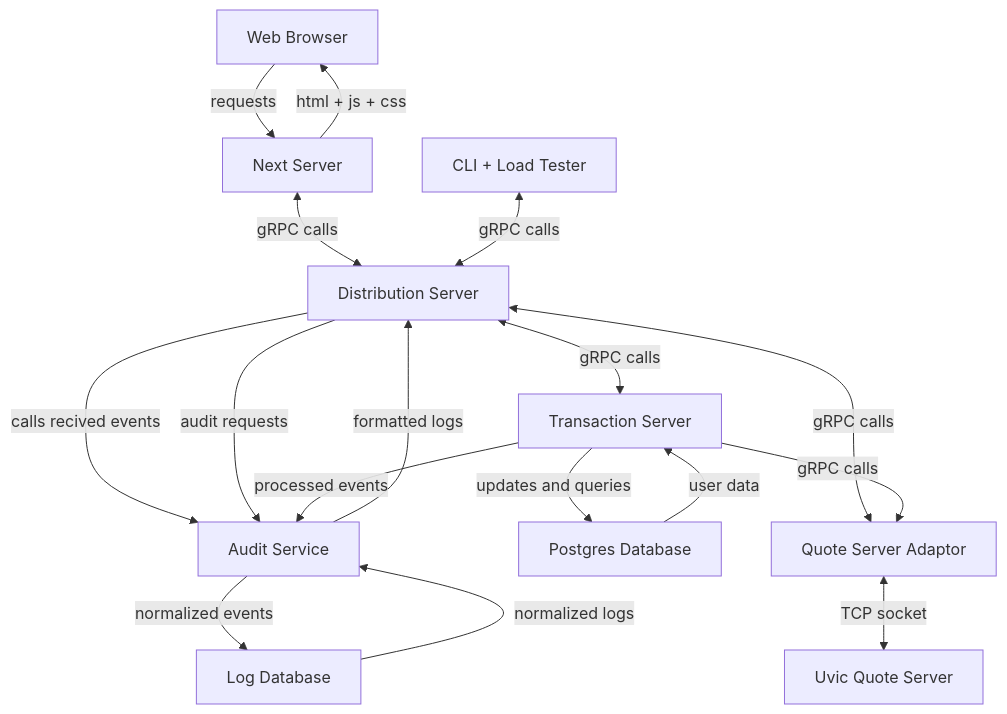
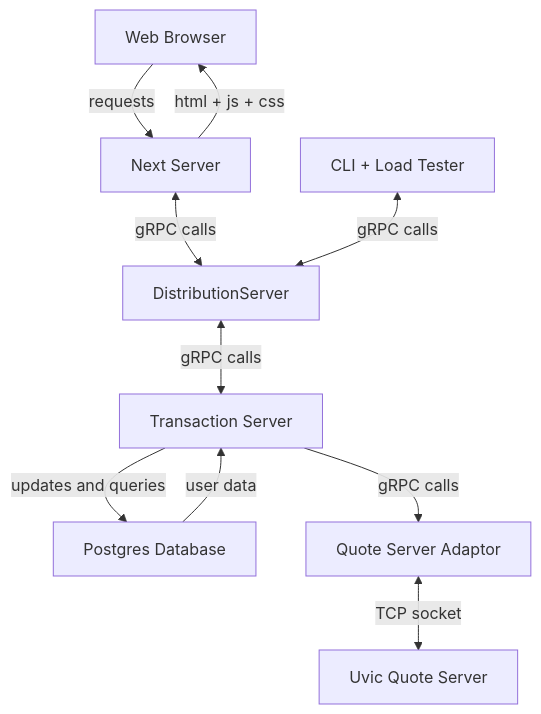
The first of 2 diagrams in README.md (MarcusDunn/day-trader), drawn with Mermaid before and after one commit. The commit also changed other lines of this file, not shown here.

````diff
--- a/README.md
+++ b/README.md
@@ -8,29 +8,19 @@
 ```mermaid
 graph TD
     WebBrowser[Web Browser]
     NextServer[Next Server]
     CLI[CLI + Load Tester]
-    DistributionServer[Distribution Server]
-    LogDB[Log Database]
-    AuditService[Audit Service]
     TransactionServer[Transaction Server]
     DB[Postgres Database]
+    QSA[Quote Server Adaptor]
     UQS[Uvic Quote Server]
-    QSA[Quote Server Adaptor]
     WebBrowser -->|requests| NextServer
     NextServer -->|html + js + css| WebBrowser
     NextServer <-->|gRPC calls| DistributionServer
     CLI <--> |gRPC calls| DistributionServer
     DistributionServer <--> |gRPC calls| TransactionServer
-    DistributionServer --> |calls recived events| AuditService
-    LogDB -->|normalized logs| AuditService
-    AuditService --> |normalized events| LogDB
-    AuditService -->|formatted logs| DistributionServer
-    DistributionServer --> |audit requests| AuditService
-    DistributionServer <-->|gRPC calls| QSA
-    TransactionServer --> |processed events| AuditService
     TransactionServer --> |gRPC calls| QSA
     DB --> |user data| TransactionServer
     TransactionServer --> |updates and queries| DB
     QSA <-->|TCP socket| UQS
 ```
````
